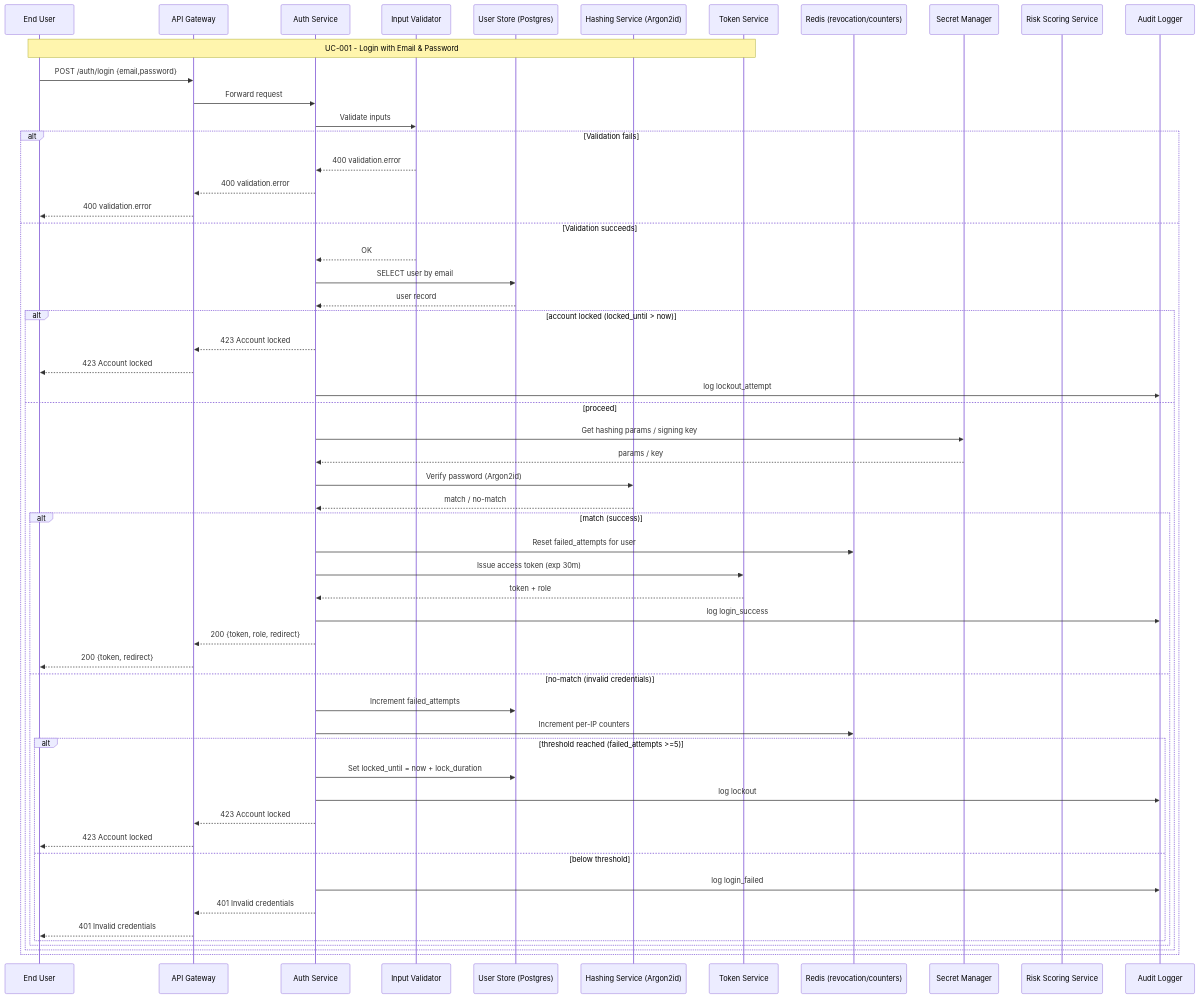
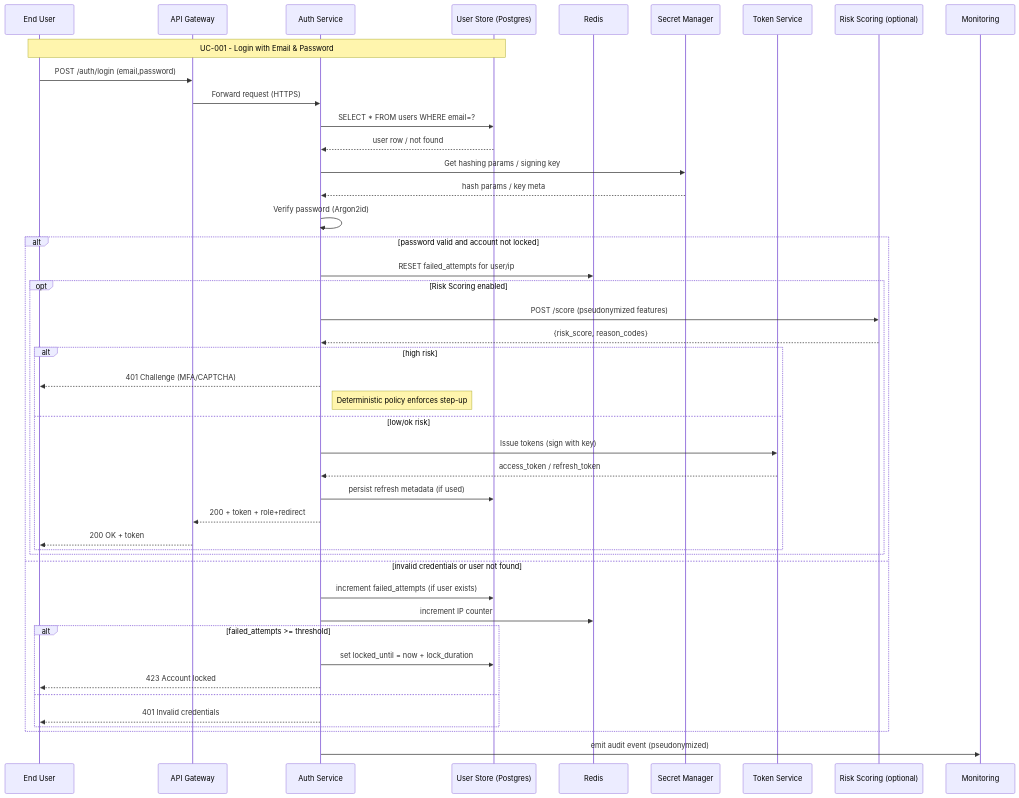
Before and after one commit to Hadiya-Kanini/Demo: the eighth of 11 diagrams in .propel/context/docs/models.md, drawn with Mermaid. The commit also changed other lines of this file, not shown here.

````diff
--- a/.propel/context/docs/models.md
+++ b/.propel/context/docs/models.md
@@ -377,60 +387,48 @@
 ```mermaid
 sequenceDiagram
-    participant EndUser as End User
-    participant API as API Gateway
+    participant User as End User
+    participant APIGW as API Gateway
     participant Auth as Auth Service
-    participant Validator as Input Validator
     participant DB as User Store (Postgres)
-    participant Hasher as Hashing Service (Argon2id)
+    participant Redis as Redis
+    participant Secrets as Secret Manager
     participant Token as Token Service
-    participant Redis as Redis (revocation/counters)
-    participant Secrets as Secret Manager
-    participant Risk as Risk Scoring Service
-    participant Audit as Audit Logger
+    participant Risk as Risk Scoring (optional)
 
-    Note over EndUser,Token: UC-001 - Login with Email & Password
+    Note over User,DB: UC-001 - Login with Email & Password
 
-    EndUser->>API: POST /auth/login {email,password}
-    API->>Auth: Forward request
-    Auth->>Validator: Validate inputs
-    alt Validation fails
-      Validator-->>Auth: 400 validation.error
-      Auth-->>API: 400 validation.error
-      API-->>EndUser: 400 validation.error
-    else Validation succeeds
-      Validator-->>Auth: OK
-      Auth->>DB: SELECT user by email
-      DB-->>Auth: user record
-      alt account locked (locked_until > now)
-        Auth-->>API: 423 Account locked
-        API-->>EndUser: 423 Account locked
-        Auth->>Audit: log lockout_attempt
-      else proceed
-        Auth->>Secrets: Get hashing params / signing key
-        Secrets-->>Auth: params / key
-        Auth->>Hasher: Verify password (Argon2id)
-        Hasher-->>Auth: match / no-match
-        alt match (success)
-          Auth->>Redis: Reset failed_attempts for user
-          Auth->>Token: Issue access token (exp 30m)
-          Token-->>Auth: token + role
-          Auth->>Audit: log login_success
-          Auth-->>API: 200 {token, role, redirect}
-          API-->>EndUser: 200 {token, redirect}
-        else no-match (invalid credentials)
-          Auth->>DB: Increment failed_attempts
-          Auth->>Redis: Increment per-IP counters
-          alt threshold reached (failed_attempts >=5)
-            Auth->>DB: Set locked_until = now + lock_duration
-            Auth->>Audit: log lockout
-            Auth-->>API: 423 Account locked
-            API-->>EndUser: 423 Account locked
-          else below threshold
-            Auth->>Audit: log login_failed
-            Auth-->>API: 401 Invalid credentials
-            API-->>EndUser: 401 Invalid credentials
-          end
+    User->>APIGW: POST /auth/login (email,password)
+    APIGW->>Auth: Forward request (HTTPS)
+    Auth->>DB: SELECT * FROM users WHERE email=?
+    DB-->>Auth: user row / not found
+    Auth->>Secrets: Get hashing params / signing key
+    Secrets-->>Auth: hash params / key meta
+    Auth->>Auth: Verify password (Argon2id)
+    alt password valid and account not locked
+        Auth->>Redis: RESET failed_attempts for user/ip
+        opt Risk Scoring enabled
+            Auth->>Risk: POST /score (pseudonymized features)
+            Risk-->>Auth: {risk_score, reason_codes}
+            alt high risk
+                Auth-->>User: 401 Challenge (MFA/CAPTCHA)
+                Note right of Auth: Deterministic policy enforces step-up
+            else low/ok risk
+                Auth->>Token: Issue tokens (sign with key)
+                Token-->>Auth: access_token / refresh_token
+                Auth->>DB: persist refresh metadata (if used)
+                Auth-->>APIGW: 200 + token + role+redirect
+                APIGW-->>User: 200 OK + token
+            end
         end
-      end
+    else invalid credentials or user not found
+        Auth->>DB: increment failed_attempts (if user exists)
+        Auth->>Redis: increment IP counter
+        alt failed_attempts >= threshold
+            Auth->>DB: set locked_until = now + lock_duration
+            Auth-->>User: 423 Account locked
+        else
+            Auth-->>User: 401 Invalid credentials
+        end
     end
+    Auth->>Monitoring: emit audit event (pseudonymized)
 ```
````
